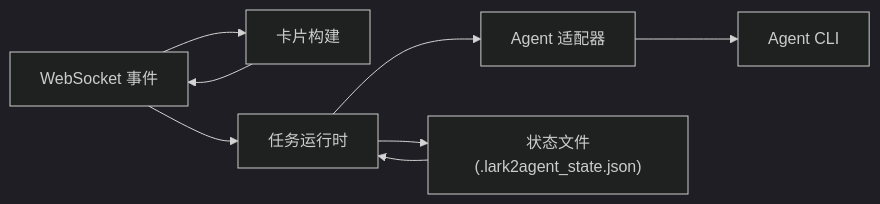
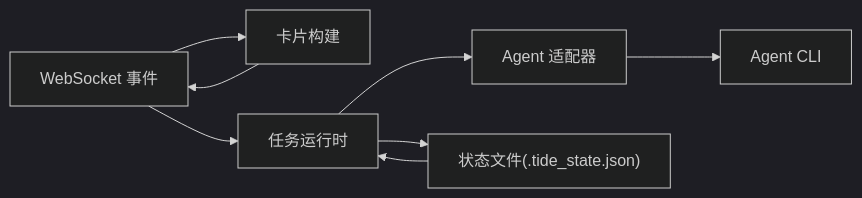
The eighth of 8 diagrams in .qoder/repowiki/zh/content/项目概述.md (winditer/tide), drawn with Mermaid (dark theme) before and after one commit. The commit also changed other lines of this file and 260 other files, not shown here.

````diff
--- a/.qoder/repowiki/zh/content/项目概述.md
+++ b/.qoder/repowiki/zh/content/项目概述.md
@@ -287,10 +287,10 @@
 ```mermaid
 graph LR
 WS["WebSocket 事件"] --> CARD["卡片构建"]
 WS --> RT["任务运行时"]
 RT --> AD["Agent 适配器"]
 AD --> CLI["Agent CLI"]
 CARD --> WS
-RT --> STATE["状态文件(.lark2agent_state.json)"]
+RT --> STATE["状态文件(.tide_state.json)"]
 STATE --> RT
 ```
````
